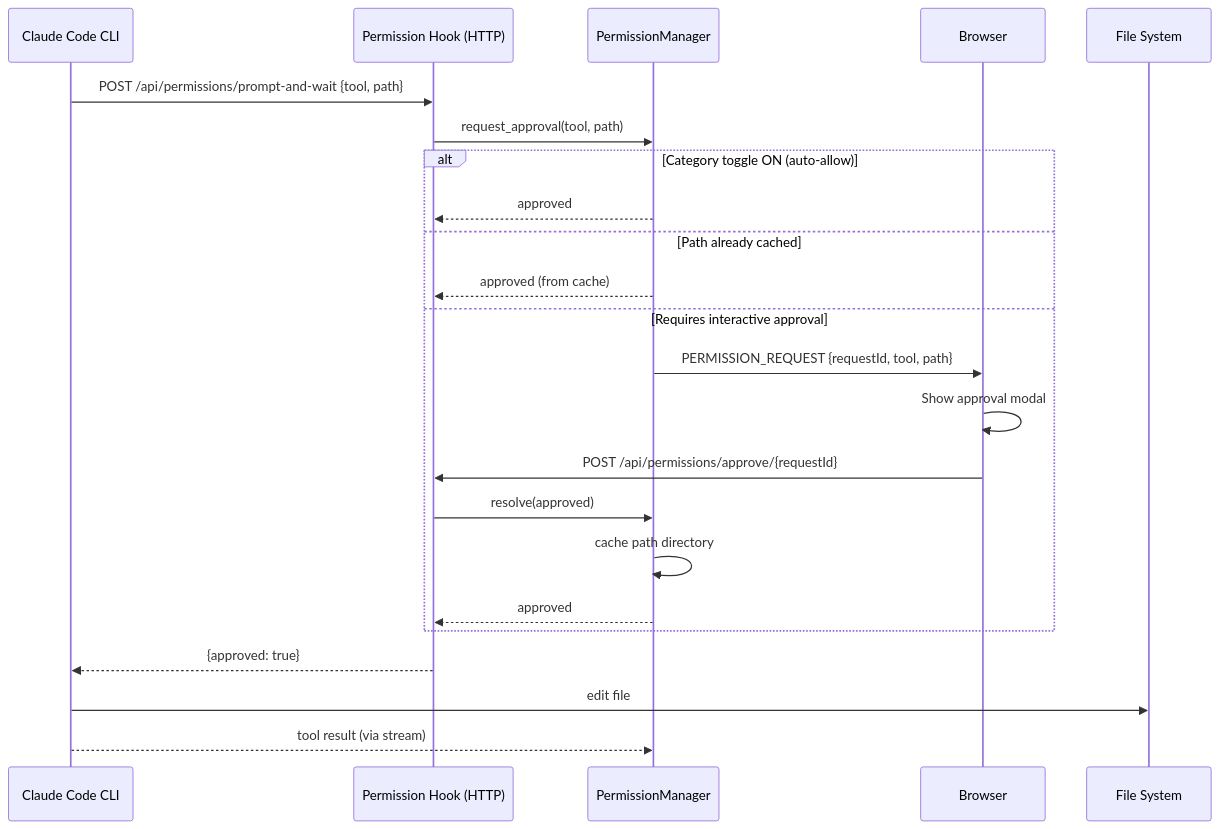
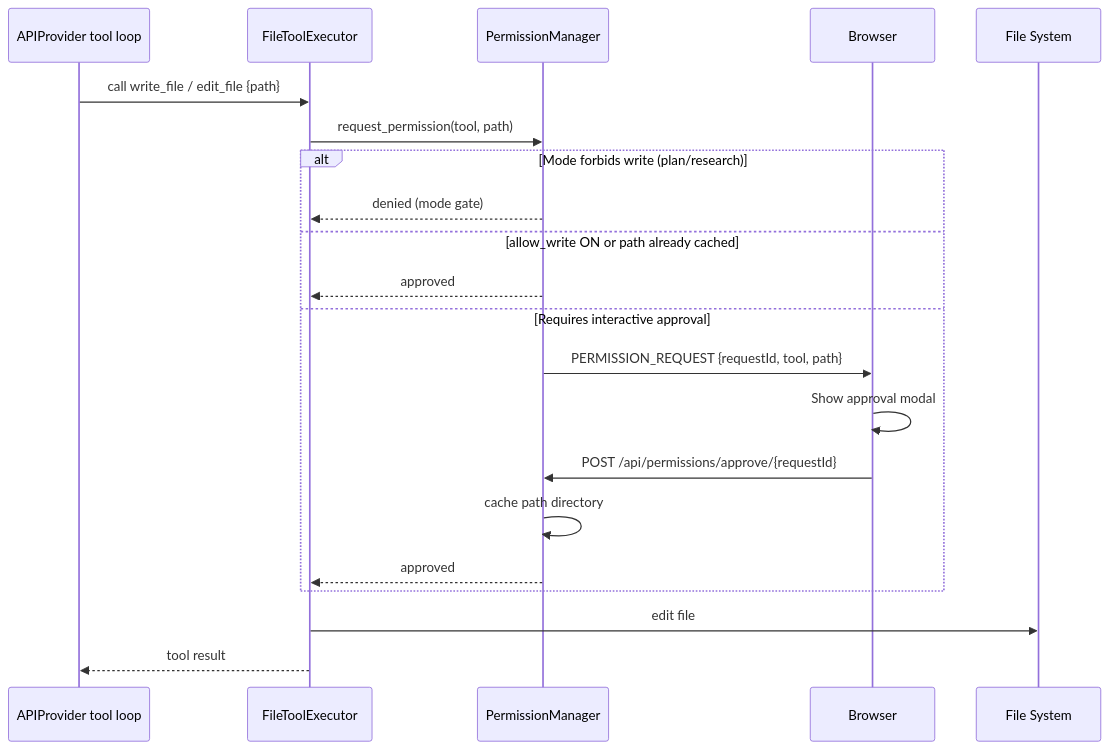
The fourth of 8 diagrams in docs/architecture/data-flow.md (GTFerguson/cade), drawn with Mermaid before and after one commit. The commit also changed other lines of this file and 14 other files, not shown here.

First line of the commit message:
Providers: remove headless claude-code -p provider

````diff
--- a/docs/architecture/data-flow.md
+++ b/docs/architecture/data-flow.md
@@ -107,29 +107,26 @@
 ```mermaid
 sequenceDiagram
-    participant CC as Claude Code CLI
-    participant HOOK as Permission Hook (HTTP)
+    participant PROV as APIProvider tool loop
+    participant FT as FileToolExecutor
     participant PERM as PermissionManager
     participant B as Browser
     participant FS as File System
 
-    CC->>HOOK: POST /api/permissions/prompt-and-wait {tool, path}
+    PROV->>FT: call write_file / edit_file {path}
+    FT->>PERM: request_permission(tool, path)
 
-    HOOK->>PERM: request_approval(tool, path)
-
-    alt Category toggle ON (auto-allow)
-        PERM-->>HOOK: approved
-    else Path already cached
-        PERM-->>HOOK: approved (from cache)
+    alt Mode forbids write (plan/research)
+        PERM-->>FT: denied (mode gate)
+    else allow_write ON or path already cached
+        PERM-->>FT: approved
     else Requires interactive approval
         PERM->>B: PERMISSION_REQUEST {requestId, tool, path}
         B->>B: Show approval modal
-        B->>HOOK: POST /api/permissions/approve/{requestId}
-        HOOK->>PERM: resolve(approved)
+        B->>PERM: POST /api/permissions/approve/{requestId}
         PERM->>PERM: cache path directory
-        PERM-->>HOOK: approved
+        PERM-->>FT: approved
     end
 
-    HOOK-->>CC: {approved: true}
-    CC->>FS: edit file
-    CC-->>PERM: tool result (via stream)
+    FT->>FS: edit file
+    FT-->>PROV: tool result
 ```
````
